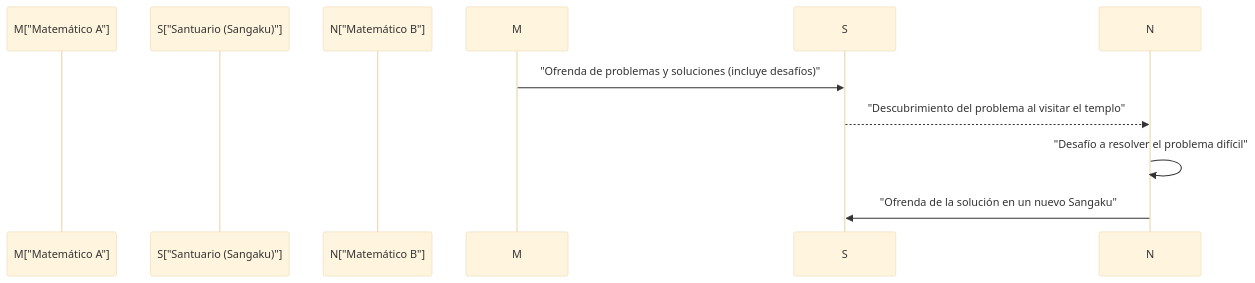
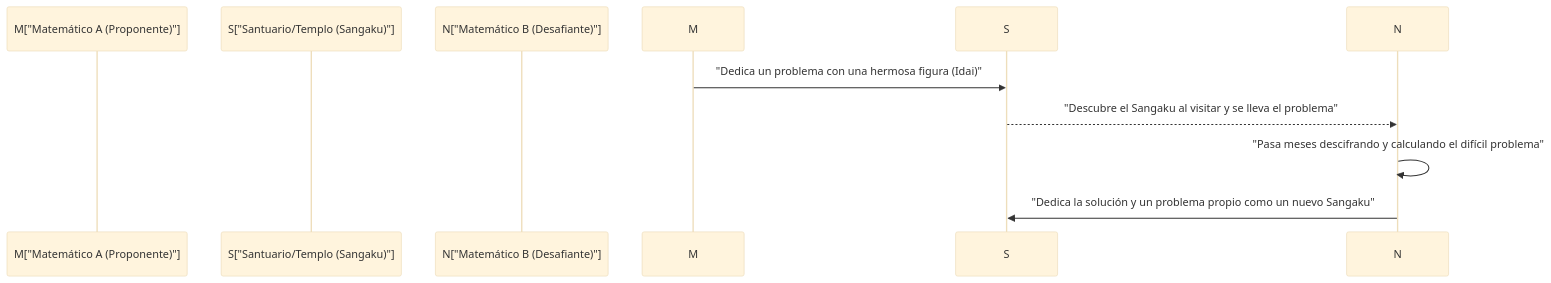
One commit to kenjinote/blog changed the second of 2 diagrams in content/post/history-of-wasan-japanese-mathematics/index.es.md. Above: the diagram before and after it, drawn with Mermaid (base theme). The commit also changed other lines of this file and 129 other files, not shown here.

````diff
--- a/content/post/history-of-wasan-japanese-mathematics/index.es.md
+++ b/content/post/history-of-wasan-japanese-mathematics/index.es.md
@@ -68,11 +70,11 @@
 ```mermaid
 sequenceDiagram
-    participant M["Matemático A"]
-    participant S["Santuario (Sangaku)"]
-    participant N["Matemático B"]
+    participant M["Matemático A (Proponente)"]
+    participant S["Santuario/Templo (Sangaku)"]
+    participant N["Matemático B (Desafiante)"]
     
-    M->>S: "Ofrenda de problemas y soluciones (incluye desafíos)"
-    S-->>N: "Descubrimiento del problema al visitar el templo"
-    N->>N: "Desafío a resolver el problema difícil"
-    N->>S: "Ofrenda de la solución en un nuevo Sangaku"
+    M->>S: "Dedica un problema con una hermosa figura (Idai)"
+    S-->>N: "Descubre el Sangaku al visitar y se lleva el problema"
+    N->>N: "Pasa meses descifrando y calculando el difícil problema"
+    N->>S: "Dedica la solución y un problema propio como un nuevo Sangaku"
 ```
````
